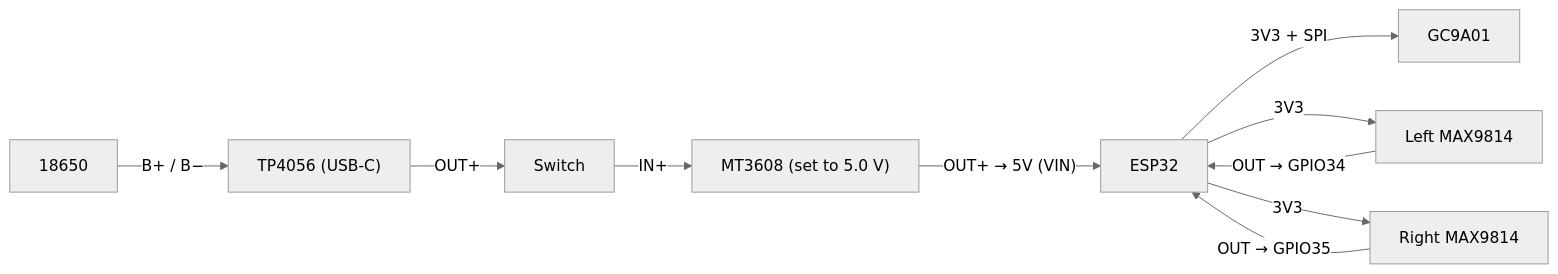
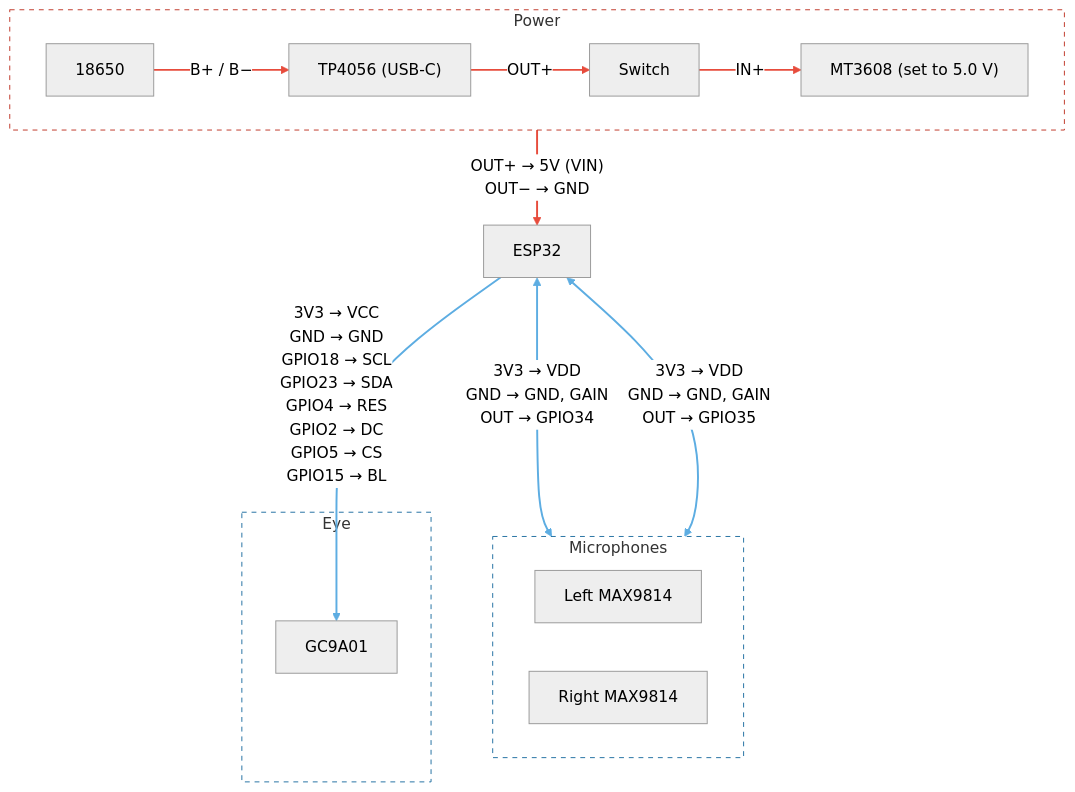
The diagram in README.md (wielorzeczownik/crown-of-the-lamb), drawn with Mermaid (neutral theme) before and after one commit. The commit also changed 1 other file, not shown here.

Commit message:
docs(readme): show every esp32 pin in the grouped wiring diagram (#213)
* docs(readme): update readme, screenshots and logo for the new OTA tab

* docs(readme): show every esp32 pin in the grouped wiring diagram

````diff
--- a/README.md
+++ b/README.md
@@ -25,12 +25,27 @@
 ```mermaid
-flowchart LR
-  BAT[18650] -->|"B+ / B−"| CHG["TP4056 (USB-C)"]
-  CHG -->|"OUT+"| SW[Switch]
-  SW -->|"IN+"| BOOST["MT3608 (set to 5.0 V)"]
-  BOOST -->|"OUT+ → 5V (VIN)"| ESP[ESP32]
-  ESP -->|"3V3 + SPI"| LCD[GC9A01]
-  ESP -->|3V3| MICL[Left MAX9814]
-  ESP -->|3V3| MICR[Right MAX9814]
-  MICL -->|"OUT → GPIO34"| ESP
-  MICR -->|"OUT → GPIO35"| ESP
+flowchart TB
+  subgraph PWR["Power"]
+    direction LR
+    BAT["18650"] -->|"B+ / B−"| CHG["TP4056 (USB-C)"]
+    CHG -->|"OUT+"| SW["Switch"]
+    SW -->|"IN+"| BOOST["MT3608 (set to 5.0 V)"]
+  end
+  subgraph EARS["Microphones"]
+    direction LR
+    MICL["Left MAX9814"]
+    MICR["Right MAX9814"]
+  end
+  subgraph EYE["Eye"]
+    LCD["GC9A01"]
+  end
+  BOOST -->|"OUT+ → 5V (VIN)<br/>OUT− → GND"| ESP["ESP32"]
+  ESP -->|"3V3 → VCC<br/>GND → GND<br/>GPIO18 → SCL<br/>GPIO23 → SDA<br/>GPIO4 → RES<br/>GPIO2 → DC<br/>GPIO5 → CS<br/>GPIO15 → BL"| LCD
+  ESP <-->|"3V3 → VDD<br/>GND → GND, GAIN<br/>OUT → GPIO34"| MICL
+  ESP <-->|"3V3 → VDD<br/>GND → GND, GAIN<br/>OUT → GPIO35"| MICR
+
+  style PWR fill:none,stroke:#c0392b,stroke-dasharray:5 5
+  style EYE fill:none,stroke:#2471a3,stroke-dasharray:5 5
+  style EARS fill:none,stroke:#2471a3,stroke-dasharray:5 5
+  linkStyle 0,1,2,3 stroke:#e74c3c,stroke-width:2px
+  linkStyle 4,5,6 stroke:#5dade2,stroke-width:2px
 ```
````
